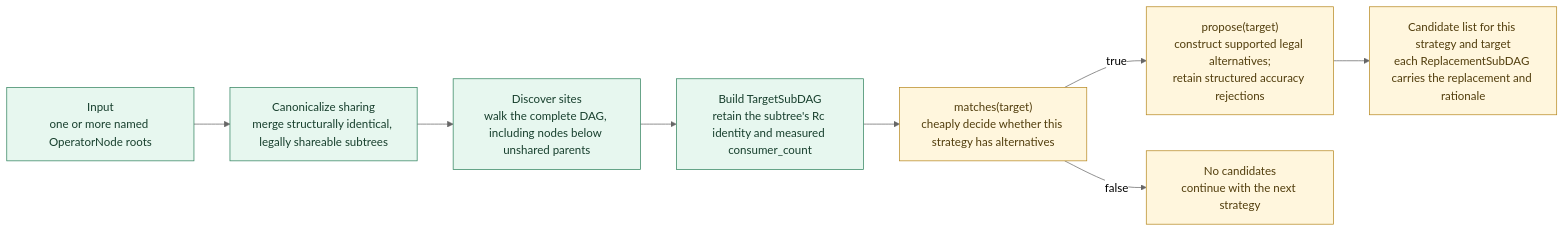
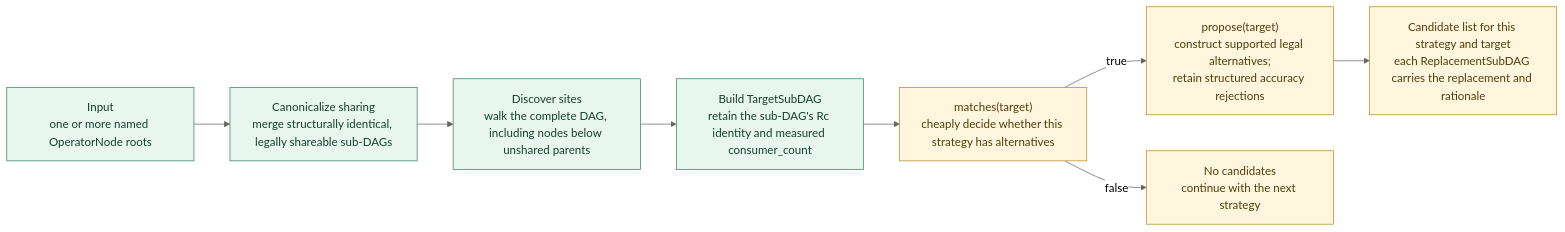
Before and after one commit to ProjectASAP/ASAPPlanner: the second of 2 diagrams in docs/develop_docs/asap-aware-mapping-architecture.md, drawn with Mermaid (neutral theme). The commit also changed other lines of this file and 148 other files, not shown here.

Commit message:
refactor: clarify workload DAG and summary evaluation contracts

````diff
--- a/docs/develop_docs/asap-aware-mapping-architecture.md
+++ b/docs/develop_docs/asap-aware-mapping-architecture.md
@@ -157,15 +157,15 @@
 ```mermaid
 flowchart LR
   classDef workload fill:#e7f7ef,stroke:#31835e,color:#173f2d
   classDef common fill:#fff6dd,stroke:#b78922,color:#513d0c
 
   ROOTS["Input<br/>one or more named OperatorNode roots"]:::workload
-  ROOTS --> CSE["Canonicalize sharing<br/>merge structurally identical, legally shareable subtrees"]:::workload
+  ROOTS --> CSE["Canonicalize sharing<br/>merge structurally identical, legally shareable sub-DAGs"]:::workload
   CSE --> WALK["Discover sites<br/>walk the complete DAG, including nodes below unshared parents"]:::workload
-  WALK --> T["Build TargetSubDAG<br/>retain the subtree's Rc identity and measured consumer_count"]:::workload
+  WALK --> T["Build TargetSubDAG<br/>retain the sub-DAG's Rc identity and measured consumer_count"]:::workload
   T --> MATCH
   MATCH["matches(target)<br/>cheaply decide whether this strategy has alternatives"]:::common
   MATCH -->|"true"| REPLACE["propose(target)<br/>construct supported legal alternatives;<br/>retain structured accuracy rejections"]:::common
   MATCH -->|"false"| NONE["No candidates<br/>continue with the next strategy"]:::common
   REPLACE --> OUT["Candidate list for this strategy and target<br/>each ReplacementSubDAG carries the replacement and rationale"]:::common
 ```
````
